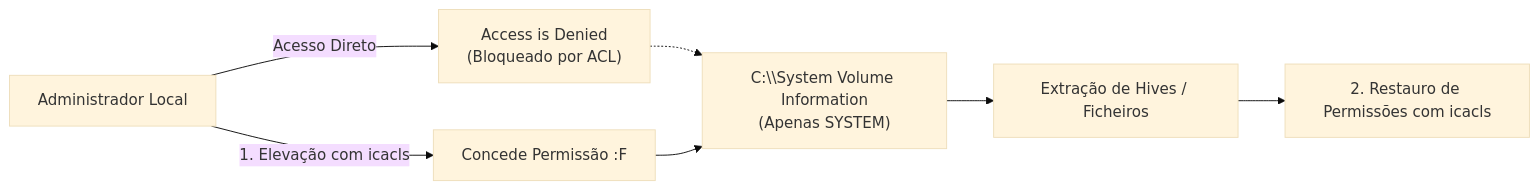
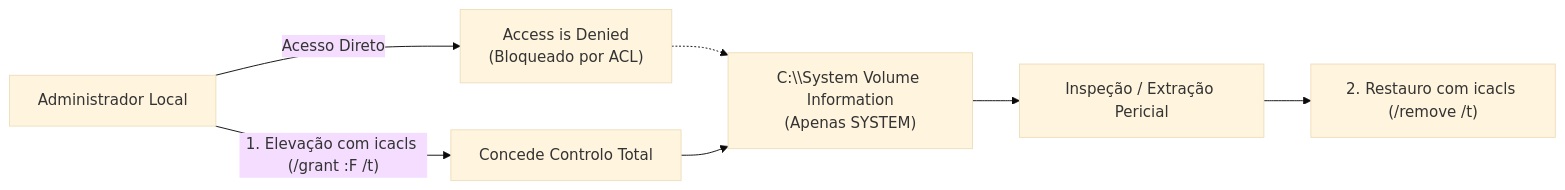
The diagram in ASSI/Capítulo 01 - Sistemas Operativos, Serviços e Artefactos/09 - VSS e Linha do Tempo Live/Gestão e Manipulação de VSS (CLI, PowerShell e Permissões).md (IanR0sal3s/MCIF-Vault), drawn with Mermaid (base theme) before and after one commit. The commit also changed other lines of this file and 140 other files, not shown here.

````diff
--- a/ASSI/Capítulo 01 - Sistemas Operativos, Serviços e Artefactos/09 - VSS e Linha do Tempo Live/Gestão e Manipulação de VSS (CLI, PowerShell e Permissões).md
+++ b/ASSI/Capítulo 01 - Sistemas Operativos, Serviços e Artefactos/09 - VSS e Linha do Tempo Live/Gestão e Manipulação de VSS (CLI, PowerShell e Permissões).md
@@ -86,9 +96,9 @@
 ```mermaid
 flowchart LR
     Admin["Administrador Local"] -- "Acesso Direto" --> Block["Access is Denied<br/>(Bloqueado por ACL)"]
     Block -.-> SVI["C:\\System Volume Information<br/>(Apenas SYSTEM)"]
-    Admin -- "1. Elevação com icacls" --> Grant["Concede Permissão :F"]
+    Admin -- "1. Elevação com icacls (/grant :F /t)" --> Grant["Concede Controlo Total"]
     Grant --> SVI
-    SVI --> Extract["Extração de Hives / Ficheiros"]
-    Extract --> Revoke["2. Restauro de Permissões com icacls"]
+    SVI --> Extract["Inspeção / Extração Pericial"]
+    Extract --> Revoke["2. Restauro com icacls (/remove /t)"]
 ```
````
